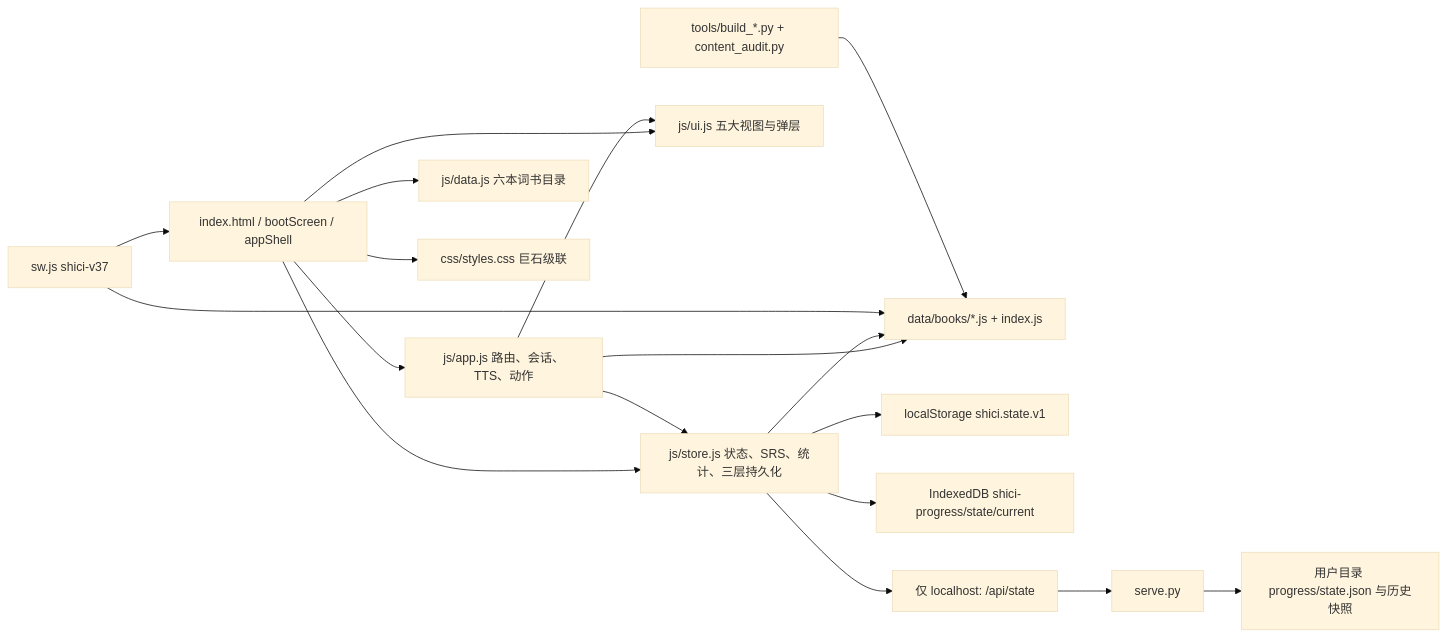
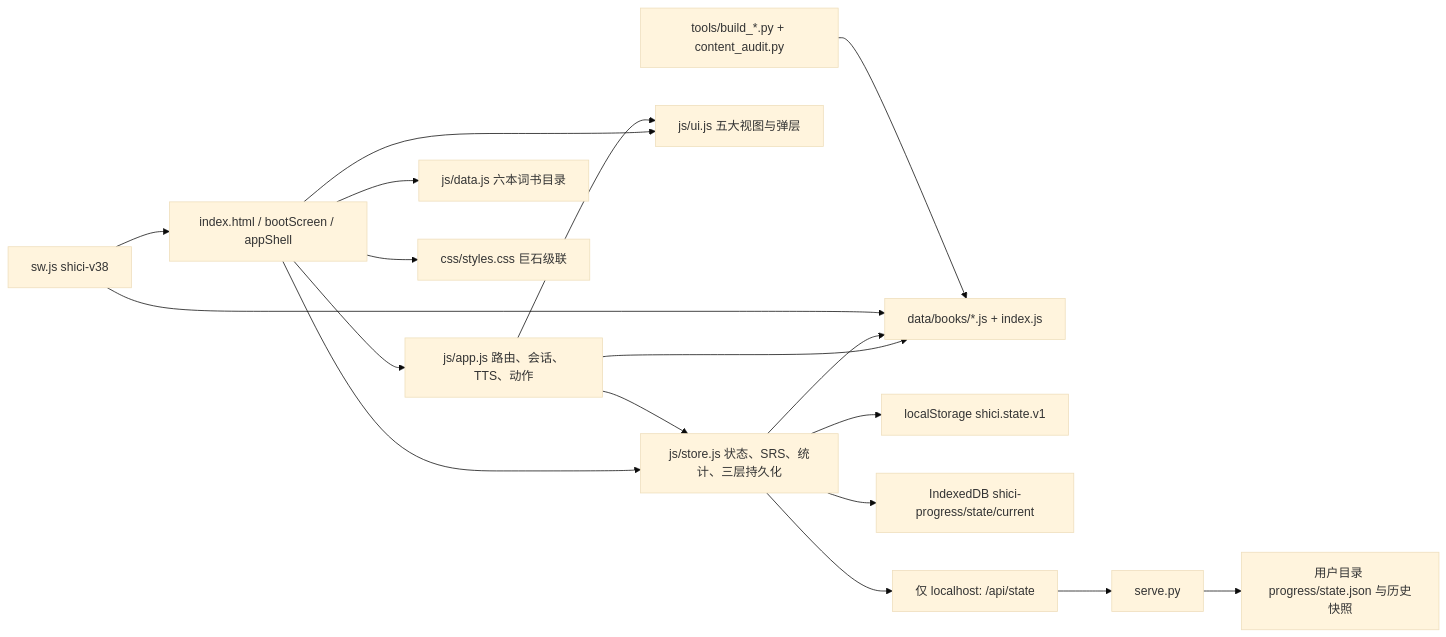
Before and after one commit to weijialiang2023/shici: the first of 7 diagrams in docs/system_design.md, drawn with Mermaid (base theme). The commit also changed other lines of this file and 13 other files, not shown here.

````diff
--- a/docs/system_design.md
+++ b/docs/system_design.md
@@ -11,20 +11,20 @@
 ```mermaid
 flowchart LR
     H[index.html / bootScreen / appShell] --> A[js/app.js 路由、会话、TTS、动作]
     H --> S[js/store.js 状态、SRS、统计、三层持久化]
     H --> U[js/ui.js 五大视图与弹层]
     H --> D[js/data.js 六本词书目录]
     H --> CSS[css/styles.css 巨石级联]
     A --> S
     A --> U
     A --> B[data/books/*.js + index.js]
     S --> B
     S --> L[localStorage shici.state.v1]
     S --> I[IndexedDB shici-progress/state/current]
     S --> API[仅 localhost: /api/state]
     API --> PY[serve.py]
     PY --> P[用户目录 progress/state.json 与历史快照]
-    SW[sw.js shici-v37] --> H
+    SW[sw.js shici-v38] --> H
     SW --> B
     ETL[tools/build_*.py + content_audit.py] --> B
 ```
````
